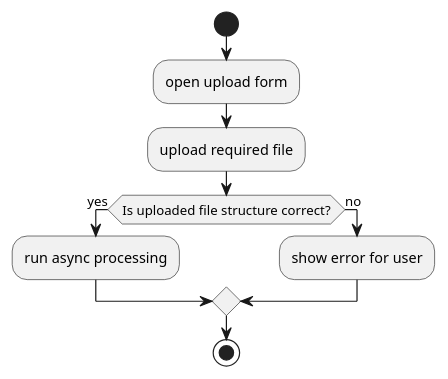
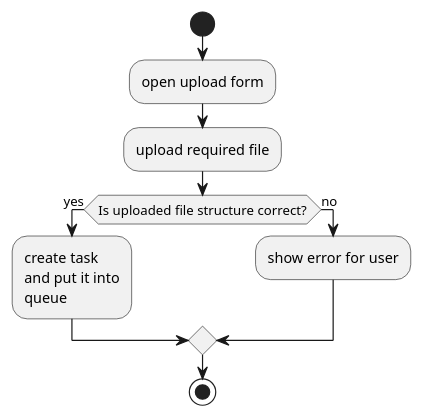
Before and after one commit to aokhrimenko/plantuml-demo: the diagram in 1. activity-1.puml, drawn with PlantUML. The commit also changed 1 other file, not shown here.

```diff
--- a/1. activity-1.puml
+++ b/1. activity-1.puml
@@ -1,13 +1,15 @@
 @startuml
 start
 :open upload form;
 :upload required file;
 
 if (Is uploaded file structure correct?) then (yes)
-  :run async processing;
+  :create task
+  and put it into
+  queue;
 else (no)
   :show error for user;
 endif
 stop
 
 @enduml
```
